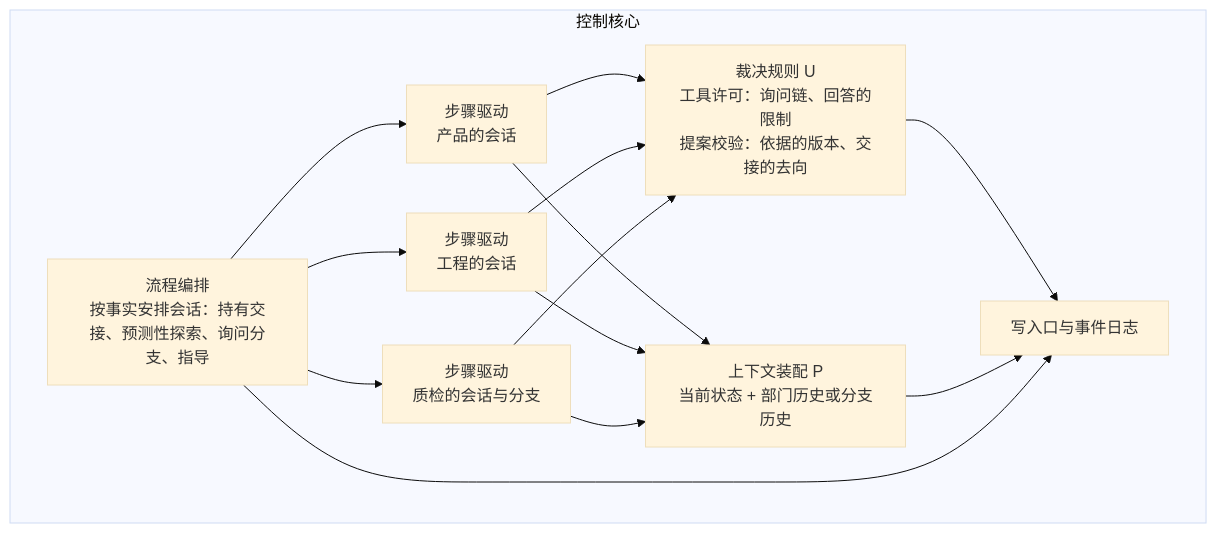
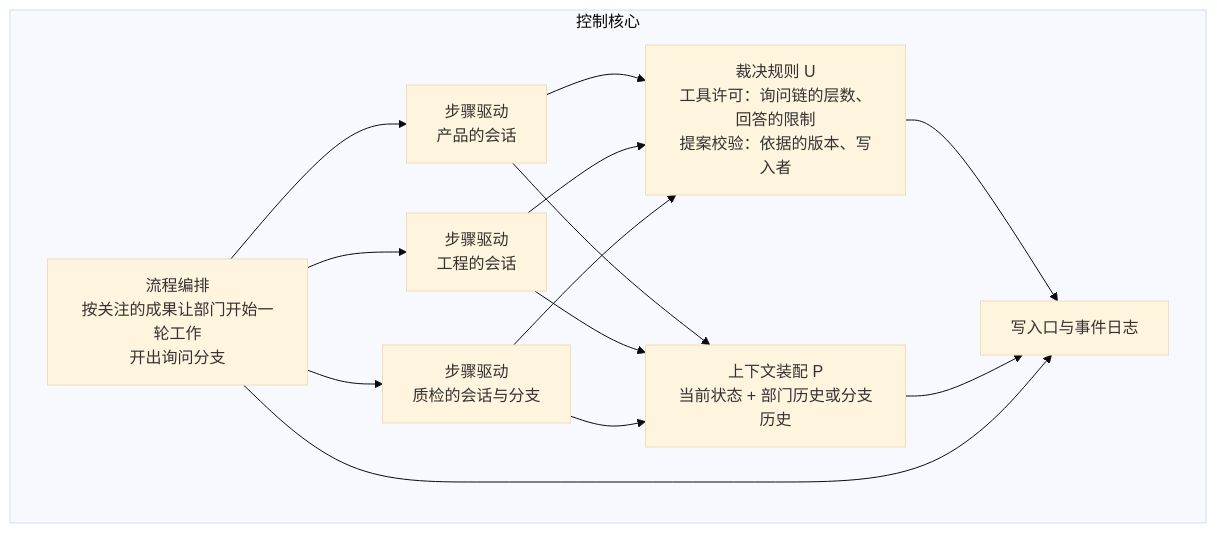
The second of 3 diagrams in docs/design/department-loop.md (bender2333/yudao), drawn with Mermaid (base theme) before and after one commit. The commit also changed other lines of this file and 22 other files, not shown here.

````diff
--- a/docs/design/department-loop.md
+++ b/docs/design/department-loop.md
@@ -123,18 +137,18 @@
 ```mermaid
 flowchart TB
     subgraph 控制核心
-        Orc[流程编排<br/>按事实安排会话：持有交接、预测性探索、询问分支、指导]
+        Orc[流程编排<br/>按关注的成果让部门开始一轮工作<br/>开出询问分支]
         Drv1[步骤驱动<br/>产品的会话]
         Drv2[步骤驱动<br/>工程的会话]
         Drv3[步骤驱动<br/>质检的会话与分支]
         P[上下文装配 P<br/>当前状态 + 部门历史或分支历史]
-        U[裁决规则 U<br/>工具许可：询问链、回答的限制<br/>提案校验：依据的版本、交接的去向]
+        U[裁决规则 U<br/>工具许可：询问链的层数、回答的限制<br/>提案校验：依据的版本、写入者]
         W[写入口与事件日志]
     end
     Orc --> Drv1 & Drv2 & Drv3
     Drv1 & Drv2 & Drv3 --> P
     Drv1 & Drv2 & Drv3 --> U
     U --> W
     P --> W
     Orc --> W
 ```
````
